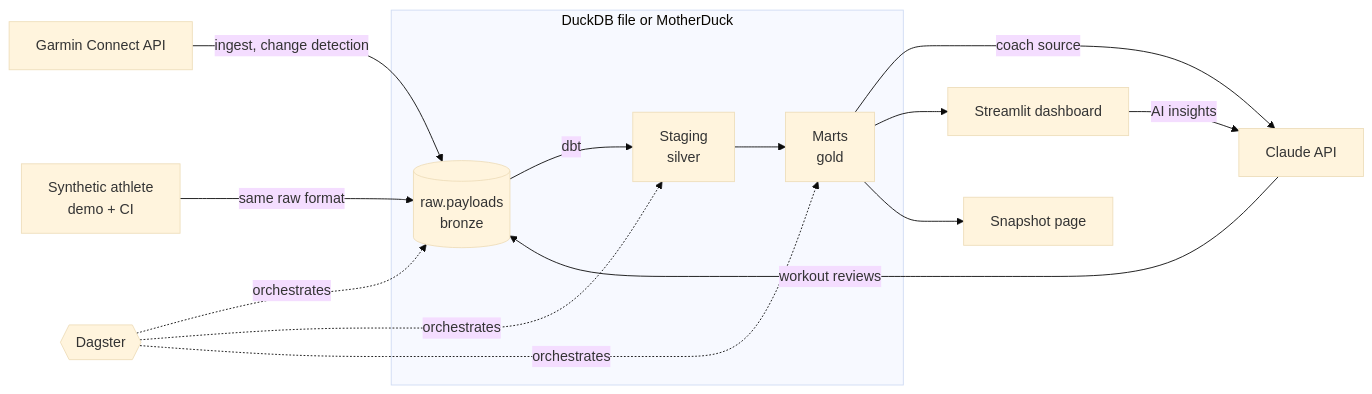
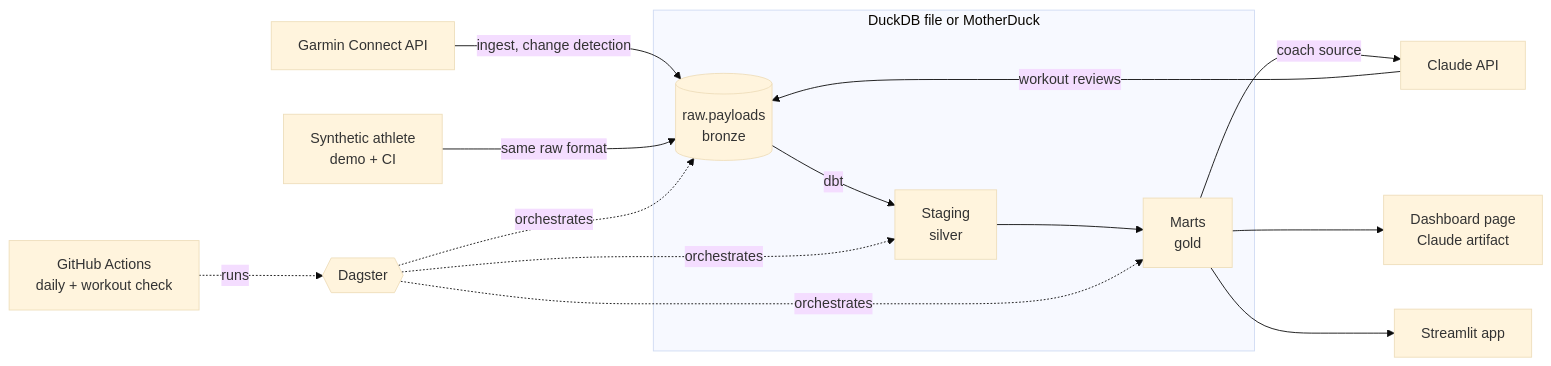
One commit to arnogarstman/garmin_project changed the diagram in README.md. Above: the diagram before and after it, drawn with Mermaid (base theme). The commit also changed other lines of this file and 1 other file, not shown here.

````diff
--- a/README.md
+++ b/README.md
@@ -18,15 +40,15 @@
 ```mermaid
 flowchart LR
     G[Garmin Connect API] -->|ingest, change detection| R
     S[Synthetic athlete<br/>demo + CI] -->|same raw format| R
     subgraph DB[DuckDB file or MotherDuck]
         R[(raw.payloads<br/>bronze)] -->|dbt| ST[Staging<br/>silver]
         ST --> M[Marts<br/>gold]
     end
     M -->|coach source| C[Claude API]
     C -->|workout reviews| R
-    M --> D[Streamlit dashboard]
-    M --> P[Snapshot page]
-    D -->|AI insights| C
+    M --> P[Dashboard page<br/>Claude artifact]
+    M --> D[Streamlit app]
     O{{Dagster}} -.orchestrates.-> R & ST & M
+    A[GitHub Actions<br/>daily + workout check] -.runs.-> O
 ```
````
